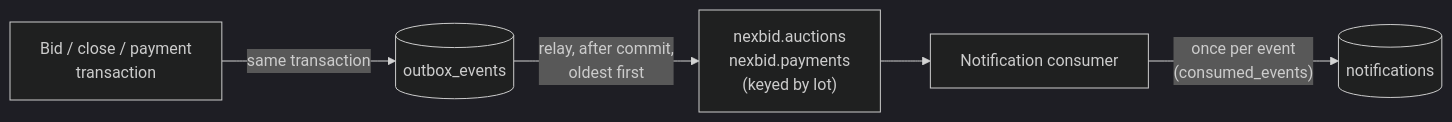
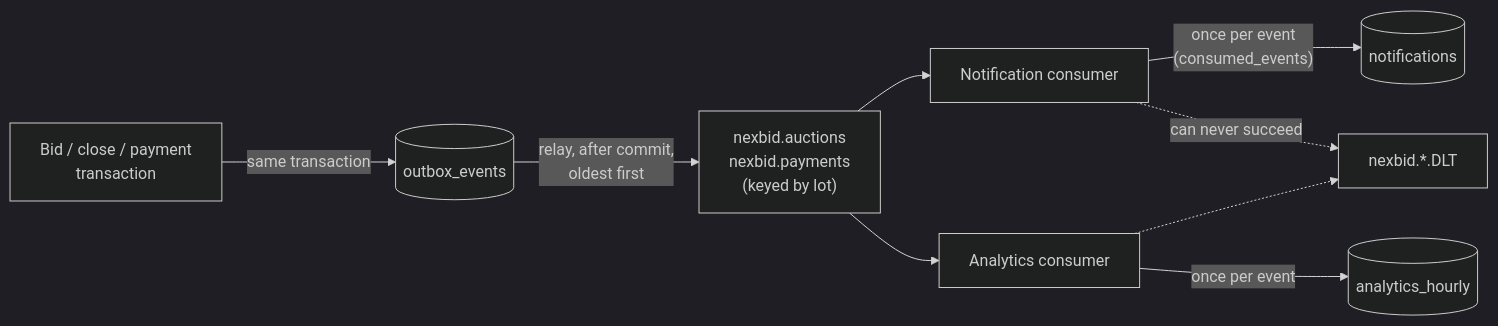
Before and after one commit to PinLee2409/NexBid: the fifth of 5 diagrams in README.md, drawn with Mermaid (dark theme). The commit also changed other lines of this file and 51 other files, not shown here.

First line of the commit message:
feat: observability, analytics consumer and dead-letter topics

````diff
--- a/README.md
+++ b/README.md
@@ -220,7 +220,11 @@
 ```mermaid
 flowchart LR
     tx["Bid / close / payment<br/>transaction"] -- "same transaction" --> outbox[("outbox_events")]
     outbox -- "relay, after commit,<br/>oldest first" --> topics["nexbid.auctions<br/>nexbid.payments<br/>(keyed by lot)"]
     topics --> consumer["Notification consumer"]
     consumer -- "once per event<br/>(consumed_events)" --> notices[("notifications")]
+    topics --> analytics["Analytics consumer"]
+    analytics -- "once per event" --> hourly[("analytics_hourly")]
+    consumer -. "can never succeed" .-> dlt["nexbid.*.DLT"]
+    analytics -.-> dlt
 ```
````
